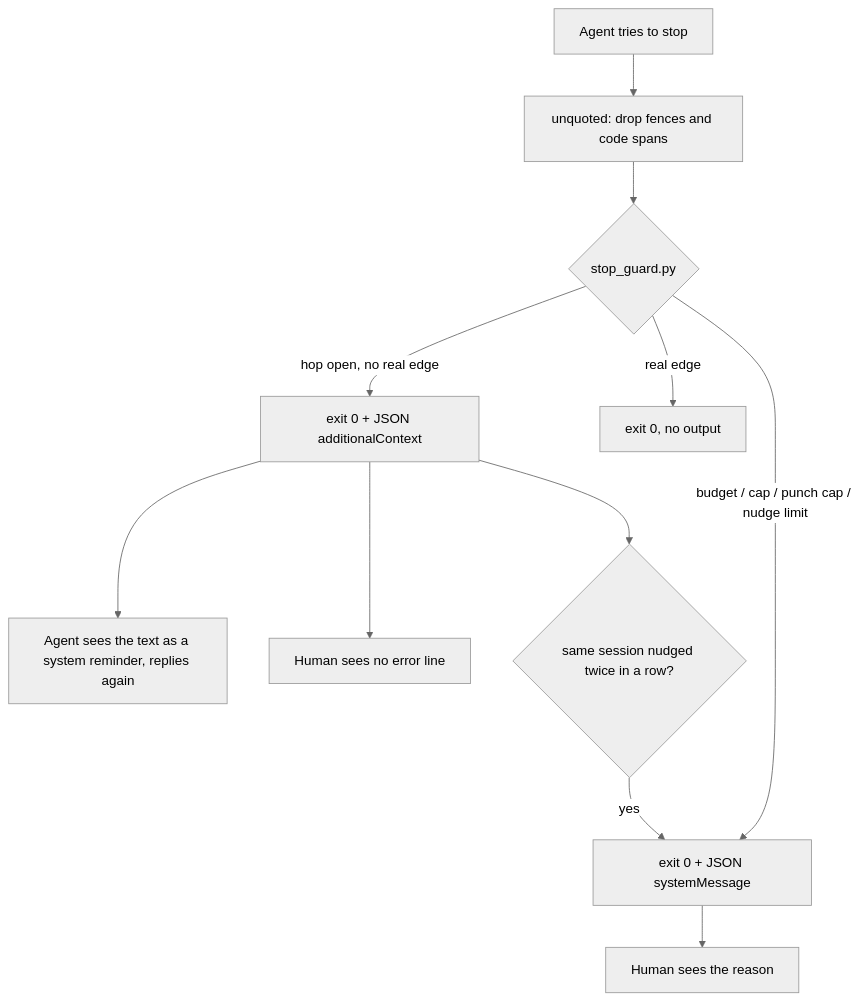
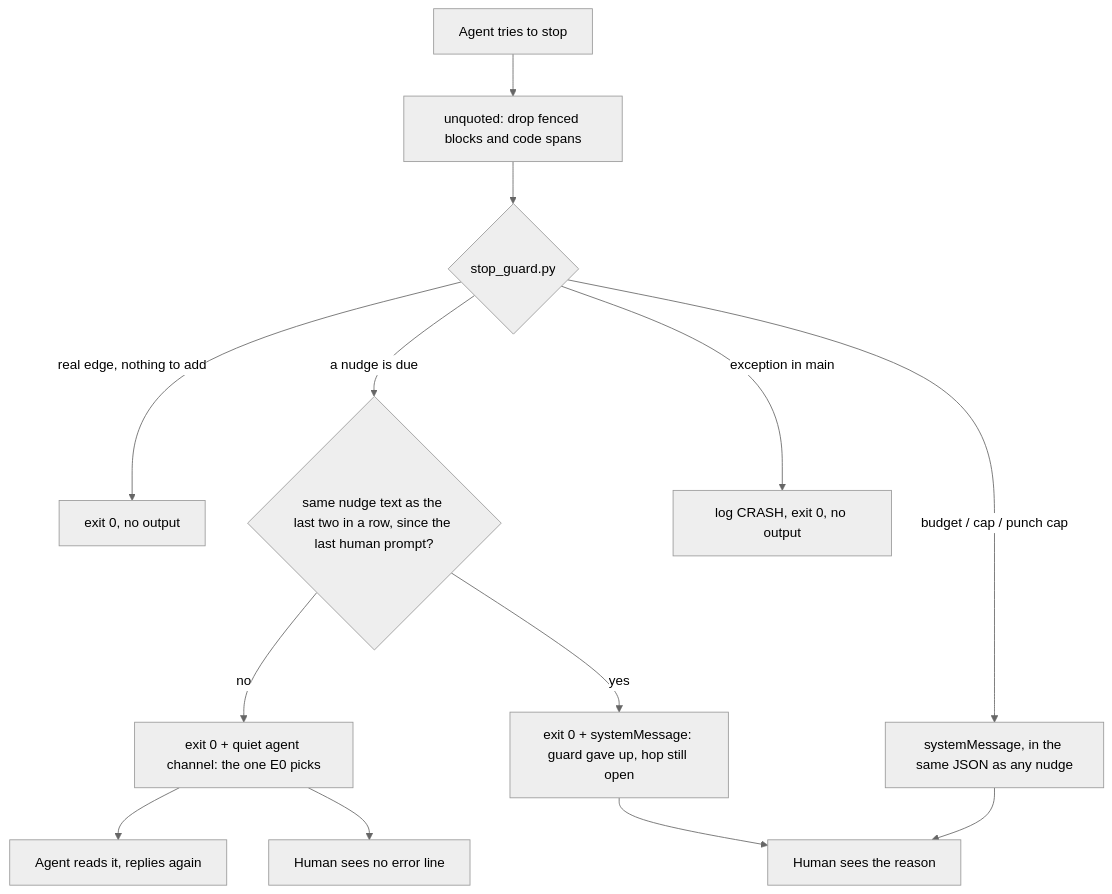
Before and after one commit to kadaluarsa/barbaric-driven-development: the second of 2 diagrams in docs/cascade/05b-t63-quiet-stop-guard.md, drawn with Mermaid (neutral theme). The commit also changed other lines of this file and 1 other file, not shown here.

Commit message:
GENERATE 05b t63-quiet-stop-guard: answer the critic (C1–C9 fixed, C10 rejected), spec v2

````diff
--- a/docs/cascade/05b-t63-quiet-stop-guard.md
+++ b/docs/cascade/05b-t63-quiet-stop-guard.md
@@ -61,13 +73,15 @@
 ```mermaid
 flowchart TD
-  S[Agent tries to stop] --> U[unquoted: drop fences and code spans]
+  S[Agent tries to stop] --> U[unquoted: drop fenced blocks and code spans]
   U --> G{stop_guard.py}
-  G -->|hop open, no real edge| A["exit 0 + JSON additionalContext"]
-  G -->|real edge| P[exit 0, no output]
-  G -->|budget / cap / punch cap / nudge limit| M["exit 0 + JSON systemMessage"]
-  A --> C1[Agent sees the text as a system reminder, replies again]
+  G -->|real edge, nothing to add| P[exit 0, no output]
+  G -->|a nudge is due| R{same nudge text as the last two in a row, since the last human prompt?}
+  R -->|no| A["exit 0 + quiet agent channel: the one E0 picks"]
+  R -->|yes| M["exit 0 + systemMessage: guard gave up, hop still open"]
+  G -->|budget / cap / punch cap| M2["systemMessage, in the same JSON as any nudge"]
+  G -->|exception in main| L[log CRASH, exit 0, no output]
+  A --> C1[Agent reads it, replies again]
   A --> H0[Human sees no error line]
   M --> H2[Human sees the reason]
-  A --> B{same session nudged twice in a row?}
-  B -->|yes| M
+  M2 --> H2
 ```
````
